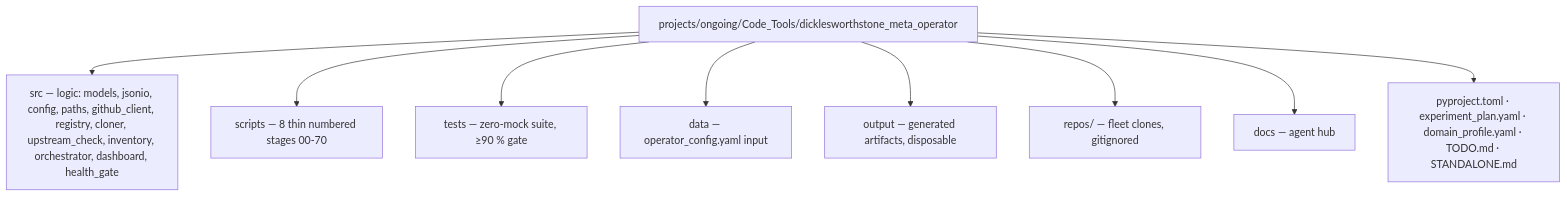
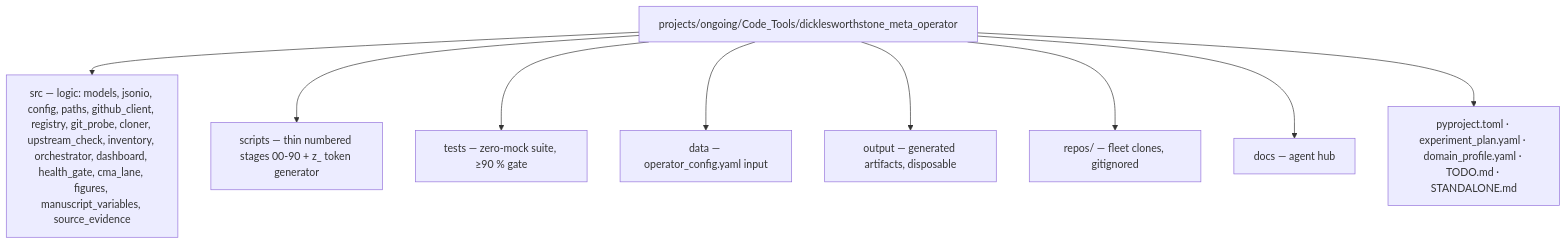
The diagram in AGENTS.md (docxology/dicklesworthstone_meta_operator), drawn with Mermaid before and after one commit. The commit also changed other lines of this file and 10 other files, not shown here.

````diff
--- a/AGENTS.md
+++ b/AGENTS.md
@@ -60,12 +60,12 @@
 ```mermaid
 flowchart TB
     P[projects/ongoing/Code_Tools/dicklesworthstone_meta_operator]
-    P --> SRC[src — logic: models, jsonio, config, paths, github_client, registry, cloner, upstream_check, inventory, orchestrator, dashboard, health_gate]
-    P --> SC[scripts — 8 thin numbered stages 00-70]
+    P --> SRC[src — logic: models, jsonio, config, paths, github_client, registry, git_probe, cloner, upstream_check, inventory, orchestrator, dashboard, health_gate, cma_lane, figures, manuscript_variables, source_evidence]
+    P --> SC[scripts — thin numbered stages 00-90 + z_ token generator]
     P --> T[tests — zero-mock suite, ≥90 % gate]
     P --> D[data — operator_config.yaml input]
     P --> OUT[output — generated artifacts, disposable]
     P --> R[repos/ — fleet clones, gitignored]
     P --> DOCS[docs — agent hub]
     P --> CFG[pyproject.toml · experiment_plan.yaml · domain_profile.yaml · TODO.md · STANDALONE.md]
 ```
````
